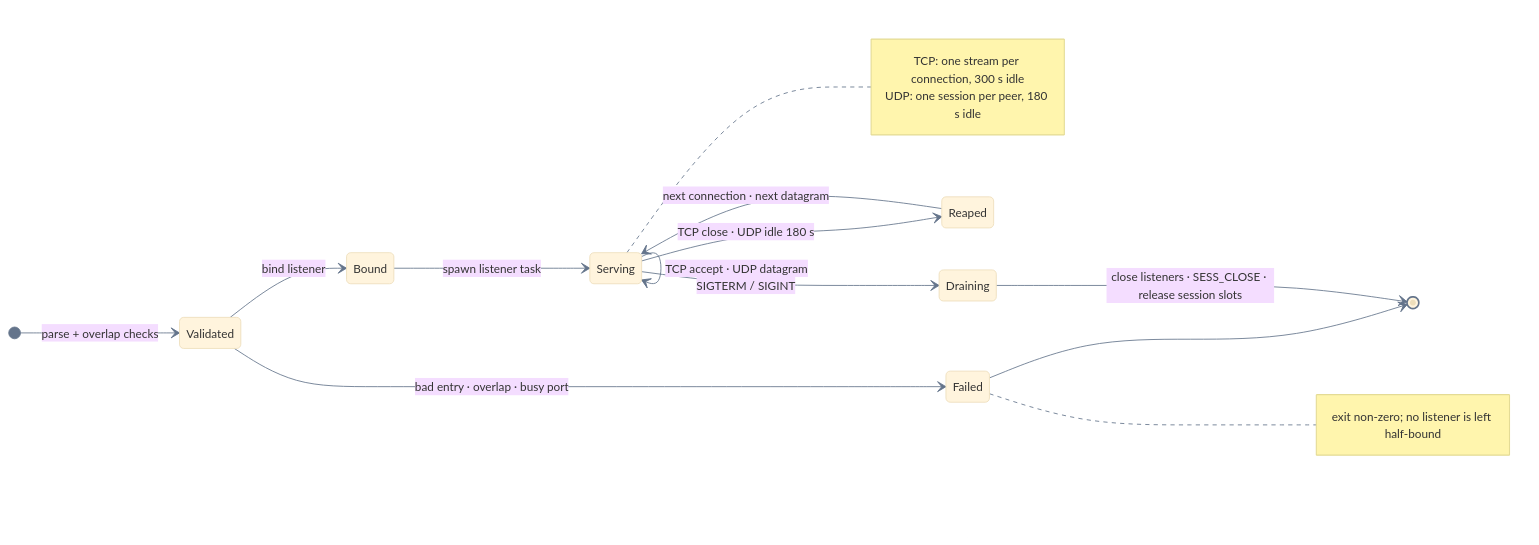
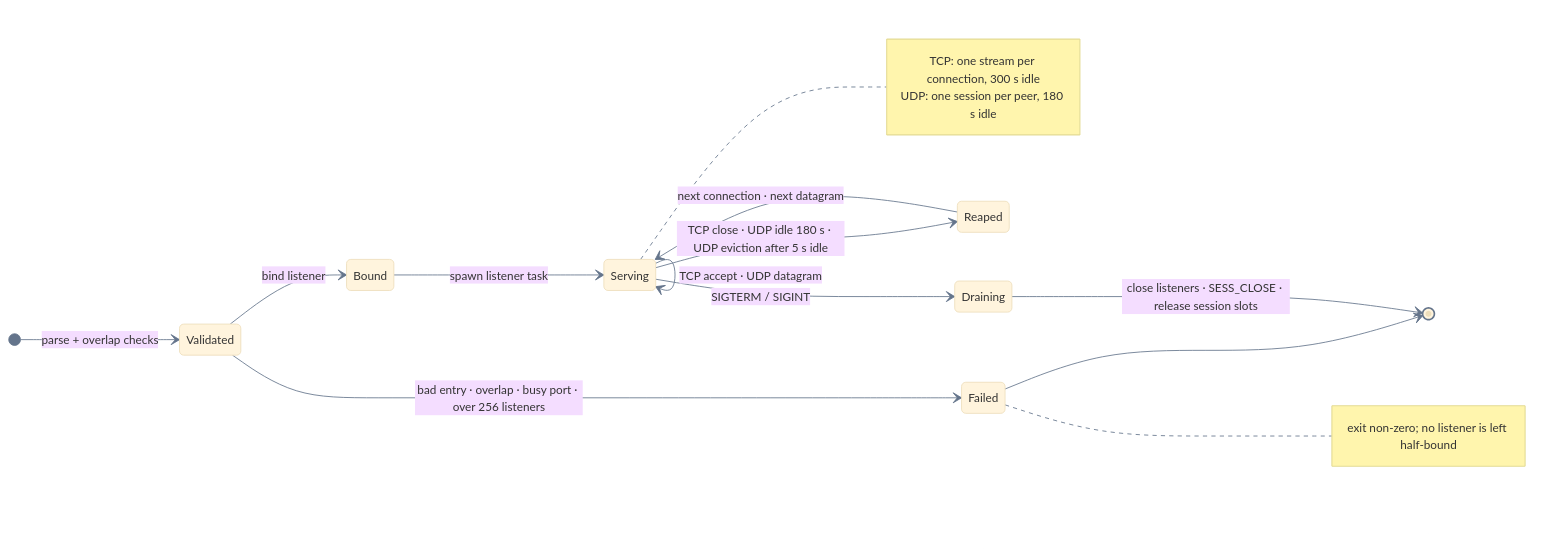
One commit to Terutoki/MyQUIC2 changed the sixth of 31 diagrams in README.md. Above: the diagram before and after it, drawn with Mermaid. The commit also changed other lines of this file and 110 other files, not shown here.

````diff
--- a/README.md
+++ b/README.md
@@ -887,22 +903,22 @@
 ```mermaid
 %%{init: {"theme":"base","themeVariables":{"fontSize":"14px","lineColor":"#64748b"}}}%%
 stateDiagram-v2
     direction LR
     [*] --> Validated : parse + overlap checks
-    Validated --> Failed : bad entry · overlap · busy port
+    Validated --> Failed : bad entry · overlap · busy port · over 256 listeners
     Failed --> [*]
     Validated --> Bound : bind listener
     Bound --> Serving : spawn listener task
     Serving --> Serving : TCP accept · UDP datagram
-    Serving --> Reaped : TCP close · UDP idle 180 s
+    Serving --> Reaped : TCP close · UDP idle 180 s · UDP eviction after 5 s idle
     Reaped --> Serving : next connection · next datagram
     Serving --> Draining : SIGTERM / SIGINT
     Draining --> [*] : close listeners · SESS_CLOSE · release session slots
     note right of Serving
         TCP: one stream per connection, 300 s idle
         UDP: one session per peer, 180 s idle
     end note
     note right of Failed
         exit non-zero; no listener is left half-bound
     end note
 ```
````
